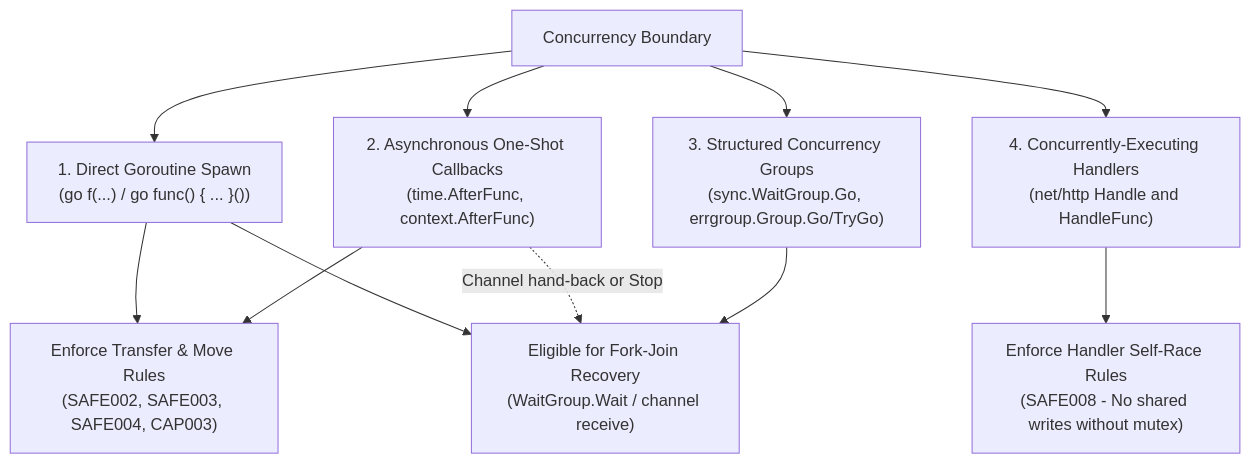
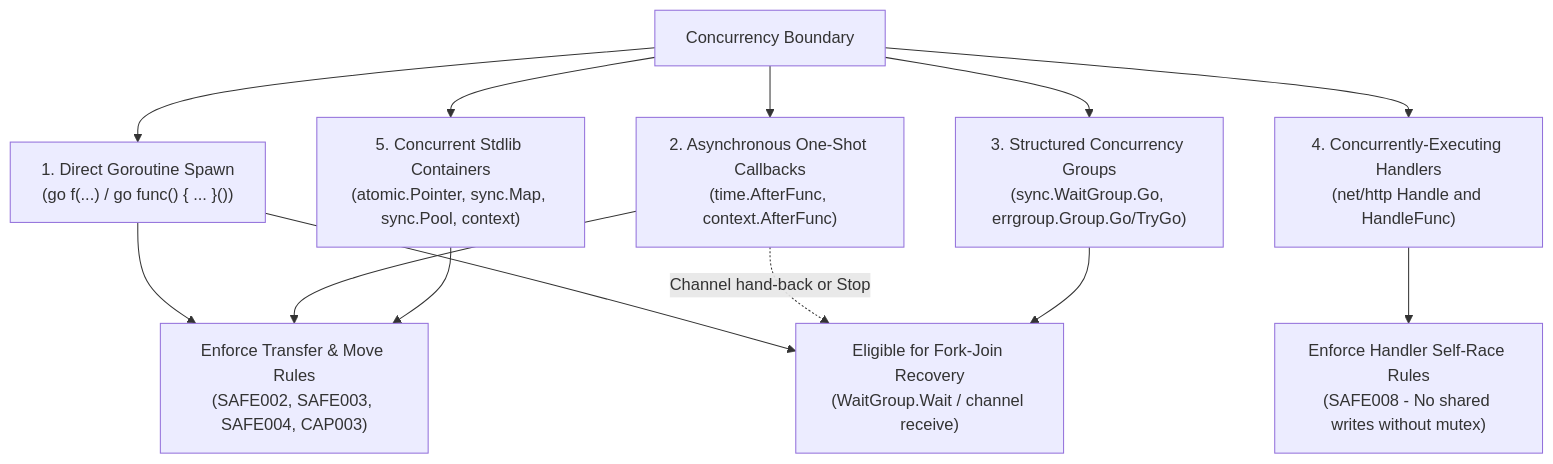
The first of 5 diagrams in docs/CONCURRENCY_MODEL.md (bharathvbcr/GoSree), drawn with Mermaid before and after one commit. The commit also changed other lines of this file and 68 other files, not shown here.

````diff
--- a/docs/CONCURRENCY_MODEL.md
+++ b/docs/CONCURRENCY_MODEL.md
@@ -17,16 +17,18 @@
 ```mermaid
 flowchart TD
     Boundary["Concurrency Boundary"]
     
     Boundary --> GoStmt["1. Direct Goroutine Spawn\n(go f(...) / go func() { ... }())"]
     Boundary --> OneShot["2. Asynchronous One-Shot Callbacks\n(time.AfterFunc, context.AfterFunc)"]
     Boundary --> Structured["3. Structured Concurrency Groups\n(sync.WaitGroup.Go, errgroup.Group.Go/TryGo)"]
     Boundary --> MultiInvoke["4. Concurrently-Executing Handlers\n(net/http Handle and HandleFunc)"]
+    Boundary --> Containers["5. Concurrent Stdlib Containers\n(atomic.Pointer, sync.Map, sync.Pool, context)"]
 
     GoStmt --> TransferRules["Enforce Transfer & Move Rules\n(SAFE002, SAFE003, SAFE004, CAP003)"]
     GoStmt --> ForkJoin["Eligible for Fork-Join Recovery\n(WaitGroup.Wait / channel receive)"]
     OneShot --> TransferRules
     OneShot -.->|Channel hand-back or Stop| ForkJoin
     Structured --> ForkJoin
     MultiInvoke --> SelfRace["Enforce Handler Self-Race Rules\n(SAFE008 - No shared writes without mutex)"]
+    Containers --> TransferRules
 ```
````
